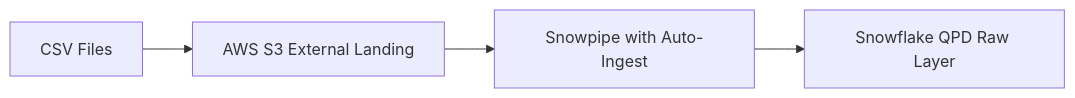
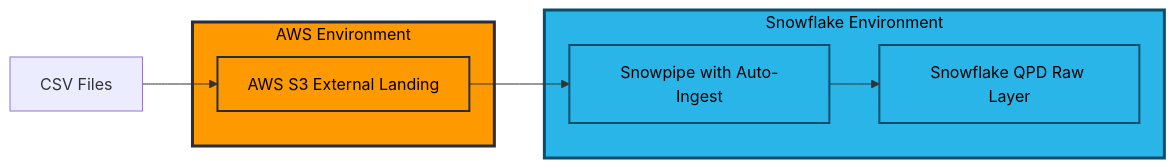
One commit to sfc-gh-mhindi/REPO_CBA changed diagram 12 of 22 in 15-BB-QPD Future State/QPD - Future State.md. Above: the diagram before and after it, drawn with Mermaid. The commit also changed other lines of this file, not shown here.

Commit message:
Update QPD - Future State.md

````diff
--- a/15-BB-QPD Future State/QPD - Future State.md
+++ b/15-BB-QPD Future State/QPD - Future State.md
@@ -624,6 +742,23 @@
 ```mermaid
 graph LR
-    CSV[CSV Files] --> S3_Landing[AWS S3 External Landing]
-    S3_Landing --> Snowpipe[Snowpipe with Auto-Ingest]
-    Snowpipe --> SF_Raw[Snowflake QPD Raw Layer]
+    CSV[CSV Files]
+    
+    subgraph AWS["AWS Environment"]
+        S3_Landing[AWS S3 External Landing]
+    end
+    
+    subgraph Snowflake["Snowflake Environment"]
+        Snowpipe[Snowpipe with Auto-Ingest]
+        SF_Raw[Snowflake QPD Raw Layer]
+    end
+    
+    CSV --> S3_Landing
+    S3_Landing --> Snowpipe
+    Snowpipe --> SF_Raw
+    
+    style AWS fill:#ff9900,stroke:#232f3e,stroke-width:3px,color:#000
+    style Snowflake fill:#29b5e8,stroke:#0c4d6b,stroke-width:3px,color:#000
+    style S3_Landing fill:#ff9900,stroke:#232f3e,stroke-width:2px,color:#000
+    style Snowpipe fill:#29b5e8,stroke:#0c4d6b,stroke-width:2px,color:#000
+    style SF_Raw fill:#29b5e8,stroke:#0c4d6b,stroke-width:2px,color:#000
 ```
````
